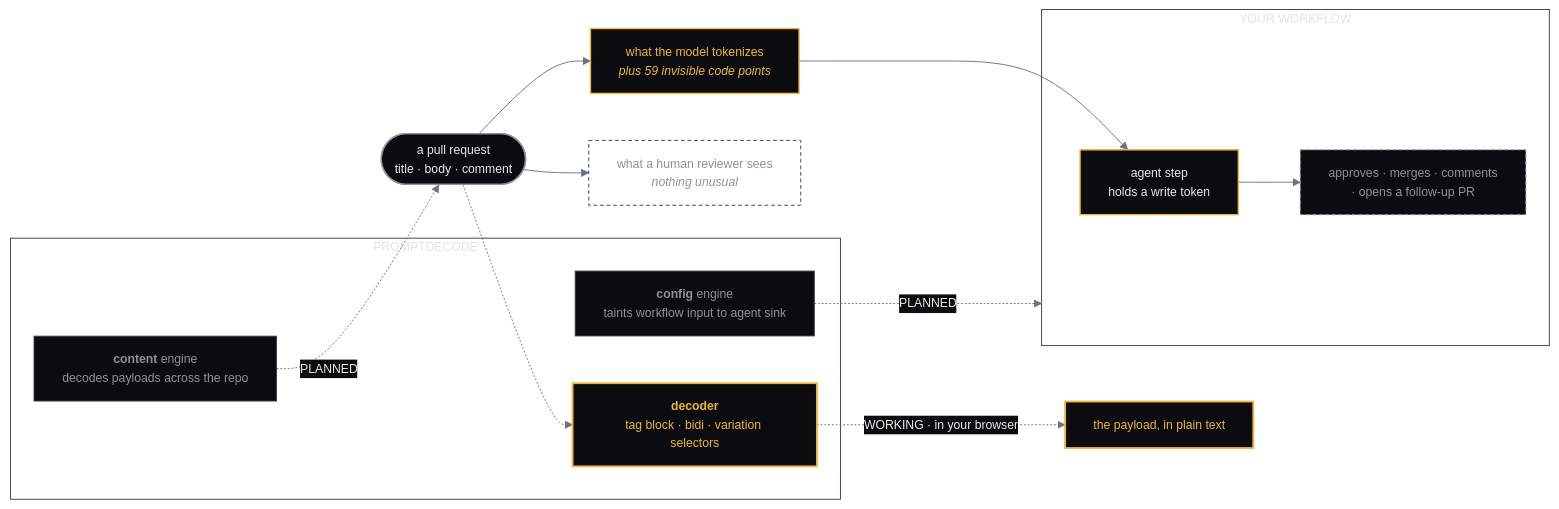
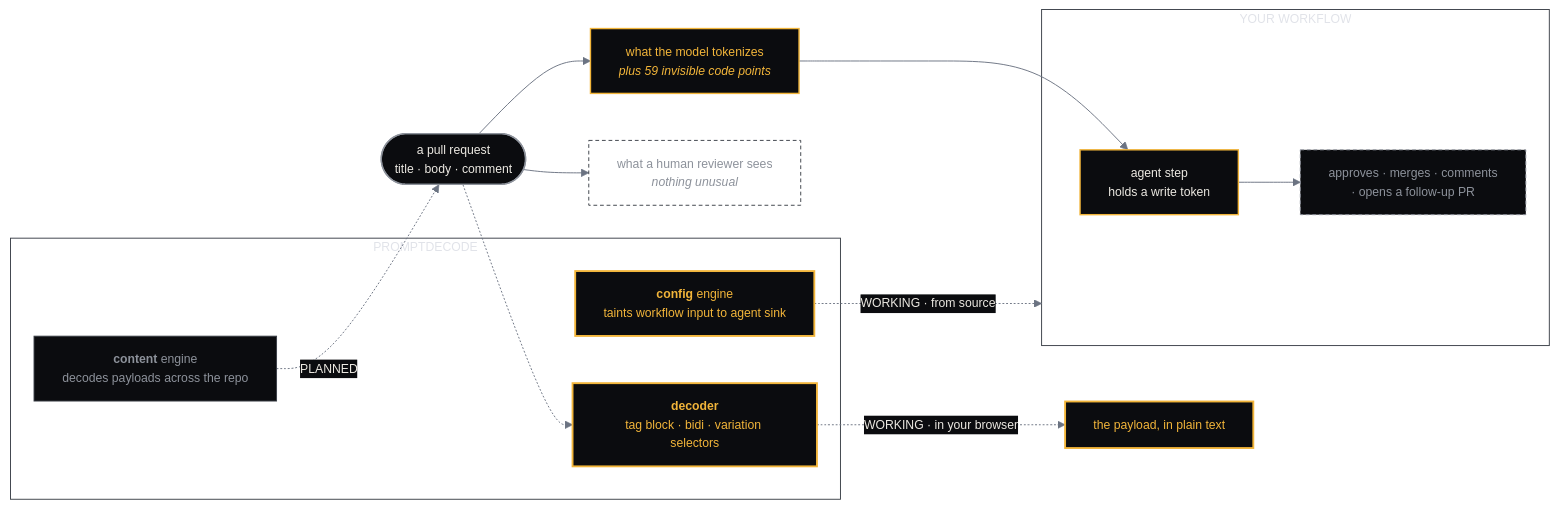
One commit to PromptDecode/.github changed the diagram in profile/README.md. Above: the diagram before and after it, drawn with Mermaid. The commit also changed other lines of this file and 1 other file, not shown here.

Commit message:
profile: config scanner ships, site is live on Cloudflare (#1)

````diff
--- a/profile/README.md
+++ b/profile/README.md
@@ -73,39 +74,39 @@
 ```mermaid
 %%{init: {"theme":"base","themeVariables":{
   "background":"transparent",
   "fontSize":"13px",
   "primaryColor":"#0B0C0F","primaryTextColor":"#ECE9E2","primaryBorderColor":"#3A3F47",
   "lineColor":"#6B7382","textColor":"#8D929B",
   "clusterBkg":"transparent","clusterBorder":"#3A3F47",
   "edgeLabelBackground":"#0B0C0F"
 }} }%%
 flowchart LR
   A(["a pull request<br/>title · body · comment"]):::req --> V["what a human reviewer sees<br/><i>nothing unusual</i>"]:::ghost
   A --> M["what the model tokenizes<br/><i>plus 59 invisible code points</i>"]:::hot
 
   M --> W
 
   subgraph CI["YOUR WORKFLOW"]
     W["agent step<br/>holds a write token"]:::core
     W --> ACT["approves · merges · comments<br/>· opens a follow-up PR"]:::bad
   end
 
   subgraph PD["PROMPTDECODE"]
     D["<b>decoder</b><br/>tag block · bidi · variation selectors"]:::ok
-    C["<b>config</b> engine<br/>taints workflow input to agent sink"]:::mod
+    C["<b>config</b> engine<br/>taints workflow input to agent sink"]:::ok
     N["<b>content</b> engine<br/>decodes payloads across the repo"]:::mod
   end
 
   A -.-> D
   D -. "WORKING · in your browser" .-> OUT["the payload, in plain text"]:::ok
-  C -. "PLANNED" .-> CI
+  C -. "WORKING · from source" .-> CI
   N -. "PLANNED" .-> A
 
   classDef req fill:#0B0C0F,stroke:#8D929B,stroke-width:1.5px,color:#ECE9E2
   classDef core fill:#0B0C0F,stroke:#F2B53A,stroke-width:1.5px,color:#ECE9E2
   classDef mod fill:#0B0C0F,stroke:#3A3F47,color:#8D929B
   classDef ok fill:#0B0C0F,stroke:#F2B53A,stroke-width:2px,color:#F2B53A
   classDef hot fill:#0B0C0F,stroke:#F2B53A,stroke-width:1.5px,color:#F2B53A
   classDef bad fill:#0B0C0F,stroke:#8D929B,stroke-dasharray:4 3,color:#8D929B
   classDef ghost fill:transparent,stroke:#3A3F47,stroke-dasharray:4 3,color:#8D929B
 ```
````
